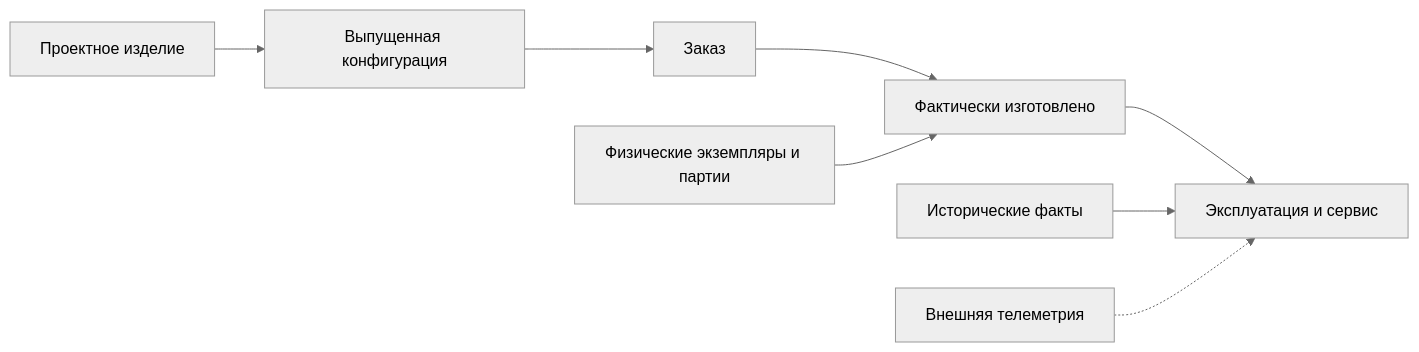
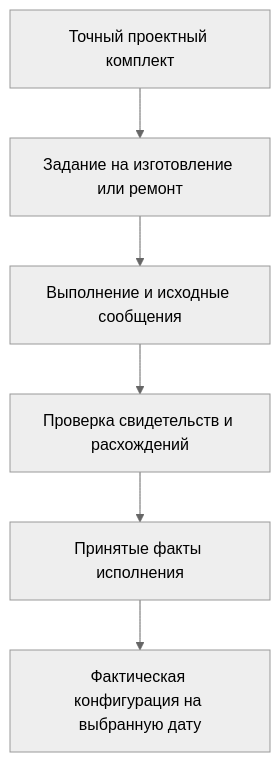
The first of 2 diagrams in wiki/Digital-twins.md (ZelAnton/Interlink-product-book), drawn with Mermaid (neutral theme) before and after one commit. The commit also changed other lines of this file and 231 other files, not shown here.

````diff
--- a/wiki/Digital-twins.md
+++ b/wiki/Digital-twins.md
@@ -17,10 +31,8 @@
 ```mermaid
-flowchart LR
-    A["Проектное изделие"] --> B["Выпущенная конфигурация"]
-    B --> C["Заказ"]
-    C --> D["Фактически изготовлено"]
-    D --> E["Эксплуатация и сервис"]
-    F["Физические экземпляры и партии"] --> D
-    G["Исторические факты"] --> E
-    H["Внешняя телеметрия"] -.-> E
+flowchart TD
+    A["Точный проектный комплект"] --> B["Задание на изготовление или ремонт"]
+    B --> C["Выполнение и исходные сообщения"]
+    C --> D["Проверка свидетельств и расхождений"]
+    D --> E["Принятые факты исполнения"]
+    E --> F["Фактическая конфигурация на выбранную дату"]
 ```
````
